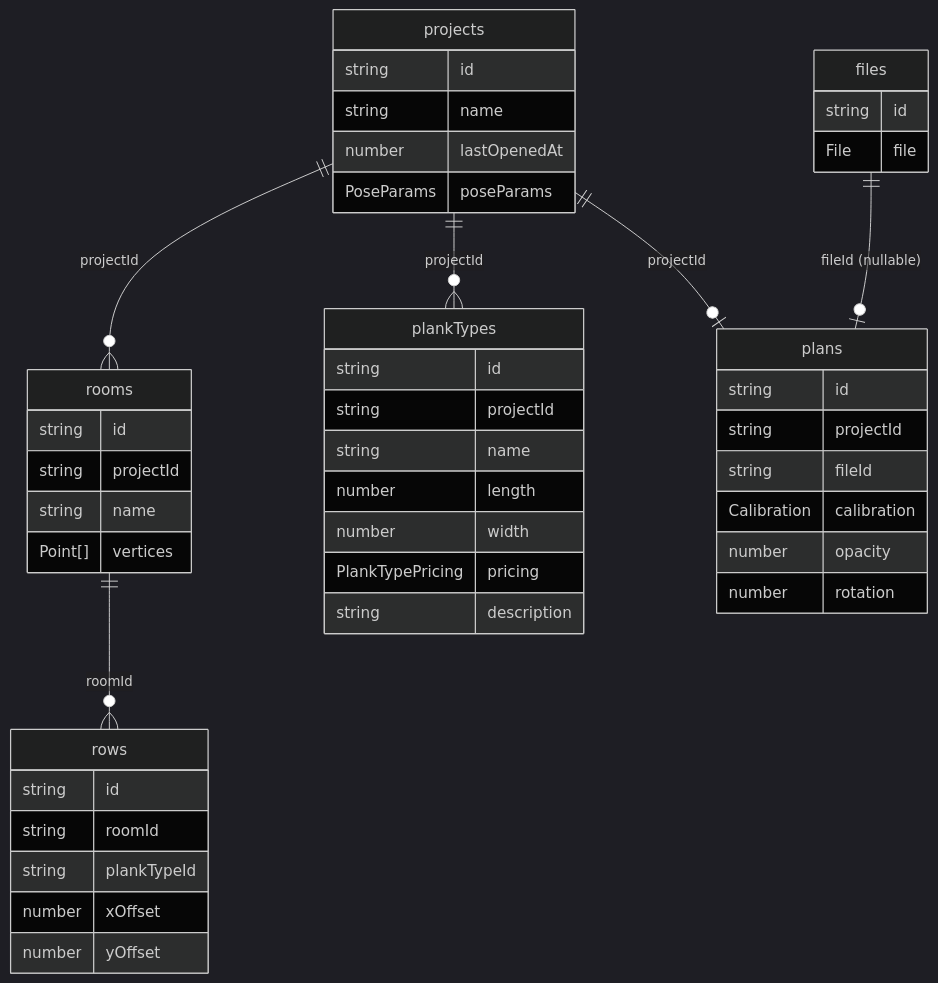
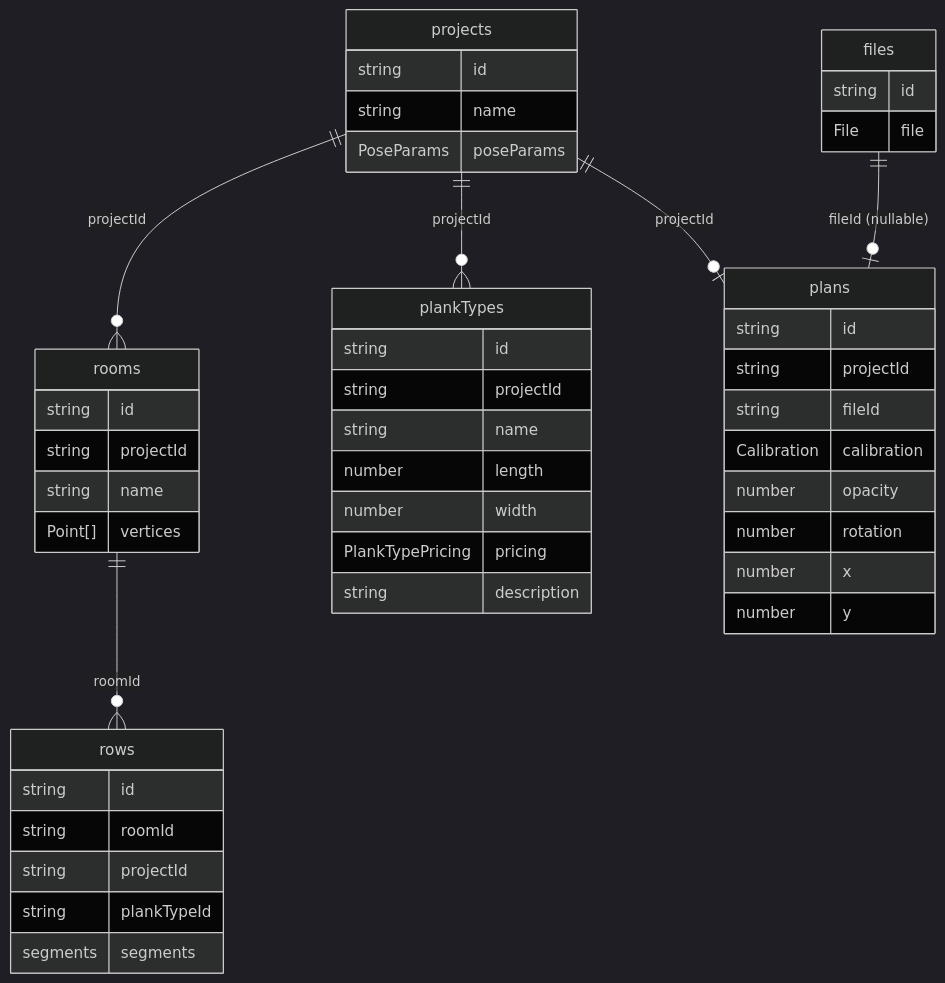
One commit to Khyonn/calepinage-01 changed the diagram in docs/technical/data-model.md. Above: the diagram before and after it, drawn with Mermaid (dark theme). The commit also changed other lines of this file and 5 other files, not shown here.

````diff
--- a/docs/technical/data-model.md
+++ b/docs/technical/data-model.md
@@ -67,54 +70,55 @@
 ```mermaid
 erDiagram
     projects ||--o{ rooms : "projectId"
     projects ||--o{ plankTypes : "projectId"
     projects ||--o| plans : "projectId"
     rooms ||--o{ rows : "roomId"
     files ||--o| plans : "fileId (nullable)"
 
     projects {
         string id
         string name
-        number lastOpenedAt
         PoseParams poseParams
     }
 
     rooms {
         string id
         string projectId
         string name
         Point[] vertices
     }
 
     rows {
         string id
         string roomId
+        string projectId
         string plankTypeId
-        number xOffset
-        number yOffset
+        segments segments
     }
 
     plankTypes {
         string id
         string projectId
         string name
         number length
         number width
         PlankTypePricing pricing
         string description
     }
 
     files {
         string id
         File file
     }
 
     plans {
         string id
         string projectId
         string fileId
         Calibration calibration
         number opacity
         number rotation
+        number x
+        number y
     }
 ```
````
